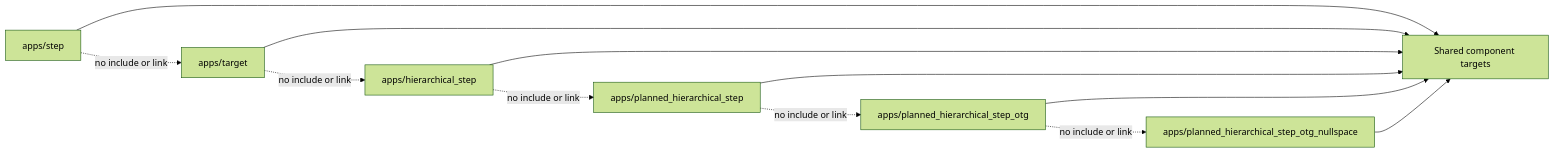
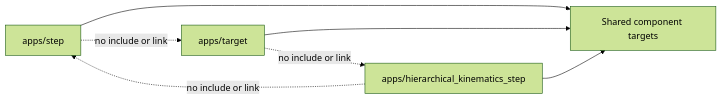
Before and after one commit to TANG617/motion_control_lab: the third of 3 diagrams in docs/app_component_architecture.md, drawn with Mermaid (forest theme). The commit also changed other lines of this file and 160 other files, not shown here.

````diff
--- a/docs/app_component_architecture.md
+++ b/docs/app_component_architecture.md
@@ -344,23 +346,15 @@
 ```mermaid
 flowchart LR
   Servo[apps/step]
   Target[apps/target]
-  Hierarchical[apps/hierarchical_step]
-  Planned[apps/planned_hierarchical_step]
-  OTG[apps/planned_hierarchical_step_otg]
-  Nullspace[apps/planned_hierarchical_step_otg_nullspace]
+  Hierarchical[apps/hierarchical_kinematics_step]
   Common[Shared component targets]
 
   Servo --> Common
   Target --> Common
   Hierarchical --> Common
-  Planned --> Common
-  OTG --> Common
-  Nullspace --> Common
 
   Servo -. no include or link .-> Target
   Target -. no include or link .-> Hierarchical
-  Hierarchical -. no include or link .-> Planned
-  Planned -. no include or link .-> OTG
-  OTG -. no include or link .-> Nullspace
+  Hierarchical -. no include or link .-> Servo
 ```
````
